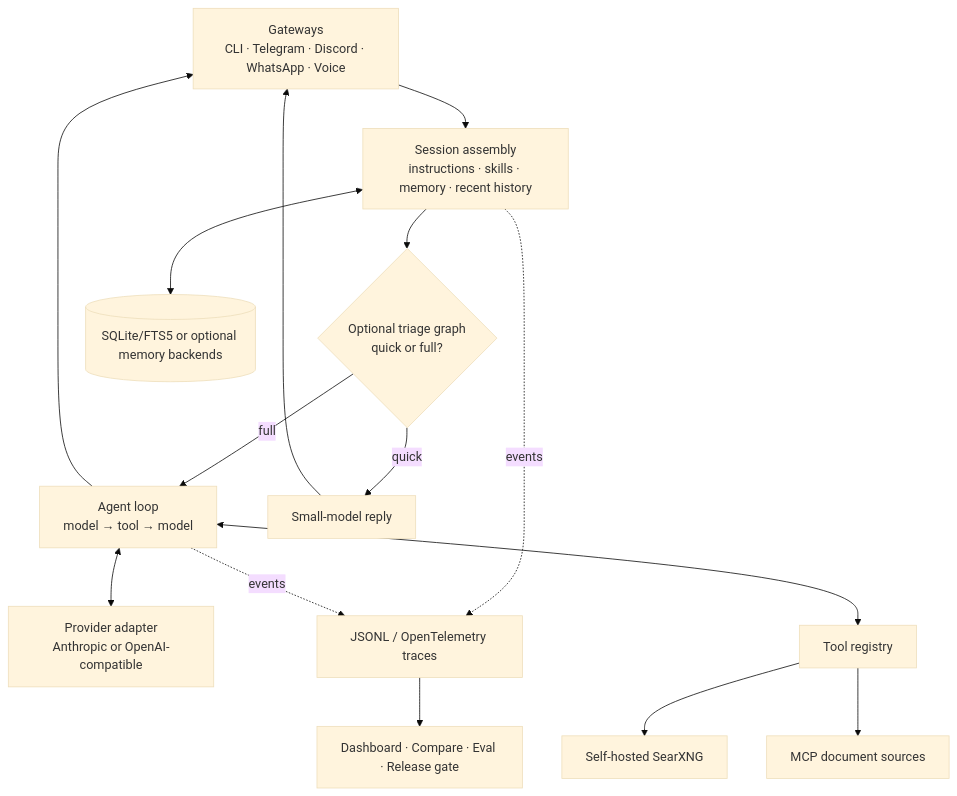
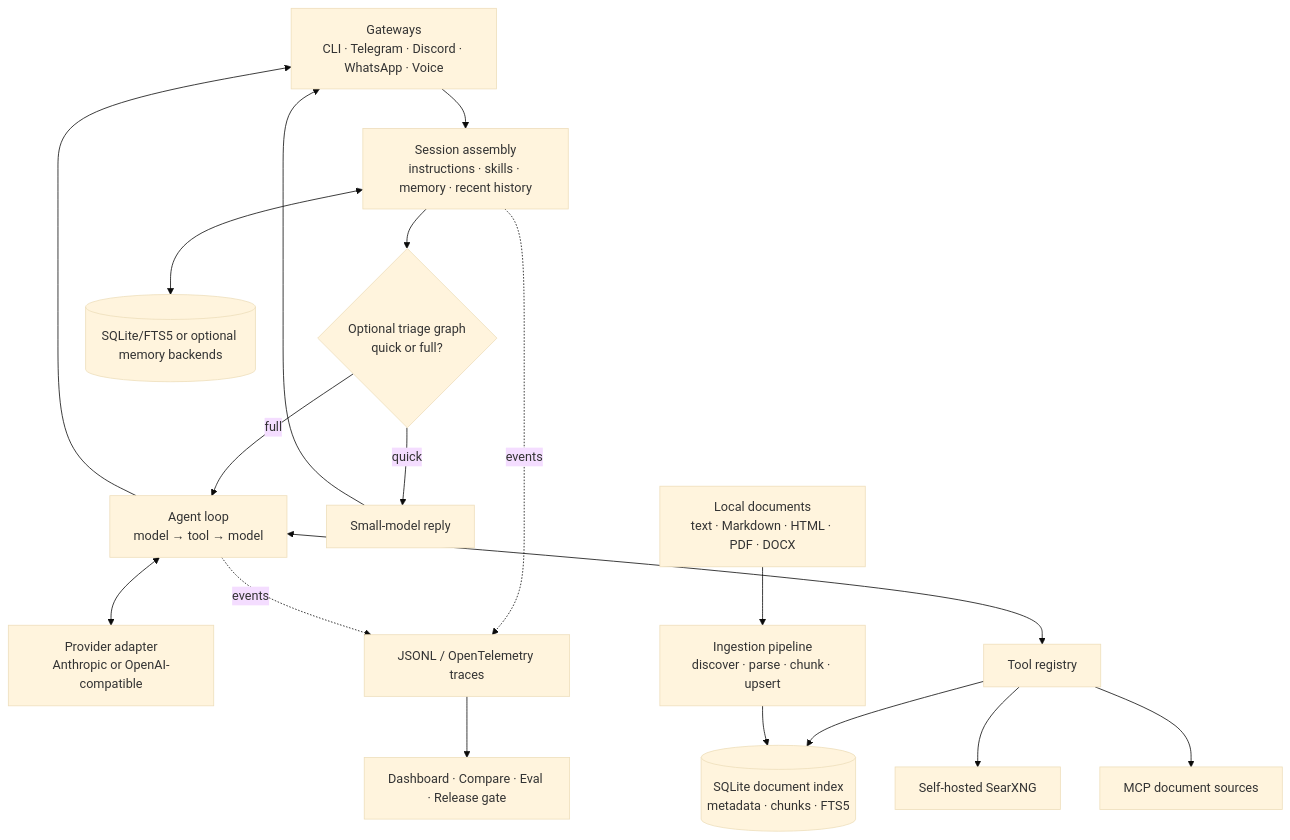
The diagram in docs/architecture.md (Thinha1/document-agent), drawn with Mermaid (base theme) before and after one commit. The commit also changed other lines of this file and 46 other files, not shown here.

Commit message:
Build semantic document RAG pipeline

````diff
--- a/docs/architecture.md
+++ b/docs/architecture.md
@@ -6,27 +6,32 @@
 ```mermaid
 flowchart TB
     GW["Gateways<br/>CLI · Telegram · Discord · WhatsApp · Voice"]
     SESSION["Session assembly<br/>instructions · skills · memory · recent history"]
     TRIAGE{"Optional triage graph<br/>quick or full?"}
     LOOP["Agent loop<br/>model → tool → model"]
     QUICK["Small-model reply"]
     MODEL["Provider adapter<br/>Anthropic or OpenAI-compatible"]
     REGISTRY["Tool registry"]
     SEARX["Self-hosted SearXNG"]
+    DOCS[("SQLite document index<br/>metadata · chunks · FTS5")]
+    INGEST["Ingestion pipeline<br/>discover · parse · chunk · upsert"]
+    FILES["Local documents<br/>text · Markdown · HTML · PDF · DOCX"]
     MCP["MCP document sources"]
     MEMORY[("SQLite/FTS5 or optional memory backends")]
     TRACE["JSONL / OpenTelemetry traces"]
     OPS["Dashboard · Compare · Eval · Release gate"]
 
     GW --> SESSION --> TRIAGE
     TRIAGE -->|quick| QUICK --> GW
     TRIAGE -->|full| LOOP
     LOOP <--> MODEL
     LOOP <--> REGISTRY
     REGISTRY --> SEARX
+    REGISTRY --> DOCS
     REGISTRY --> MCP
+    FILES --> INGEST --> DOCS
     SESSION <--> MEMORY
     LOOP --> GW
     SESSION -. events .-> TRACE
     LOOP -. events .-> TRACE --> OPS
 ```
````
